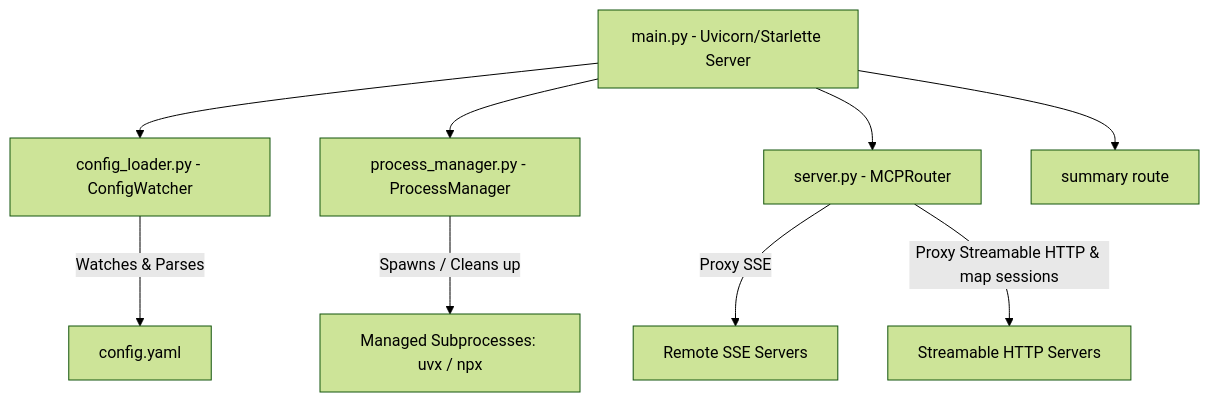
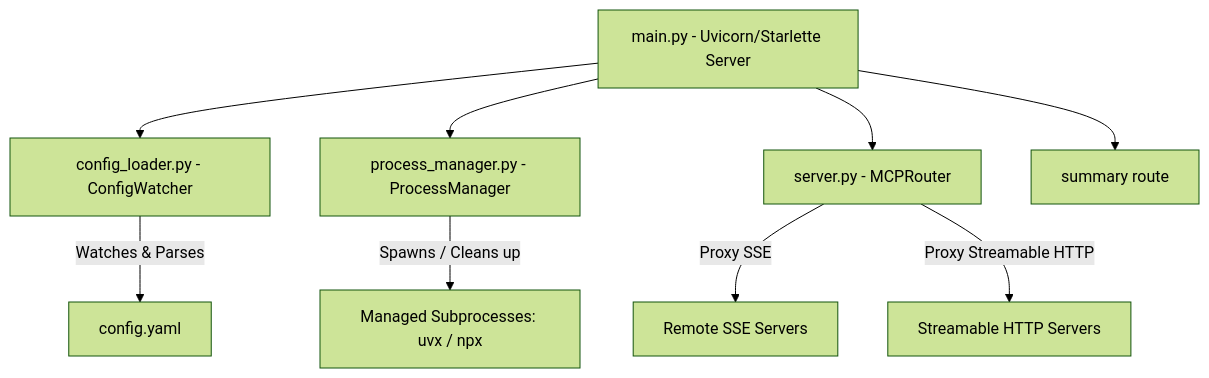
One commit to fvanevski/mcp-mux-2.0-dev changed the diagram in README.md. Above: the diagram before and after it, drawn with Mermaid (forest theme). The commit also changed other lines of this file and 15 other files, not shown here.

````diff
--- a/README.md
+++ b/README.md
@@ -28,11 +28,11 @@
 ```mermaid
 graph TD
     A[main.py - Uvicorn/Starlette Server] --> B[config_loader.py - ConfigWatcher]
     B -->|Watches & Parses| C[config.yaml]
     A --> D[process_manager.py - ProcessManager]
     D -->|Spawns / Cleans up| E[Managed Subprocesses: uvx / npx]
     A --> F[server.py - MCPRouter]
     F -->|Proxy SSE| G[Remote SSE Servers]
-    F -->|Proxy Streamable HTTP & map sessions| H[Streamable HTTP Servers]
+    F -->|Proxy Streamable HTTP| H[Streamable HTTP Servers]
     A --> I[summary route]
 ```
````
